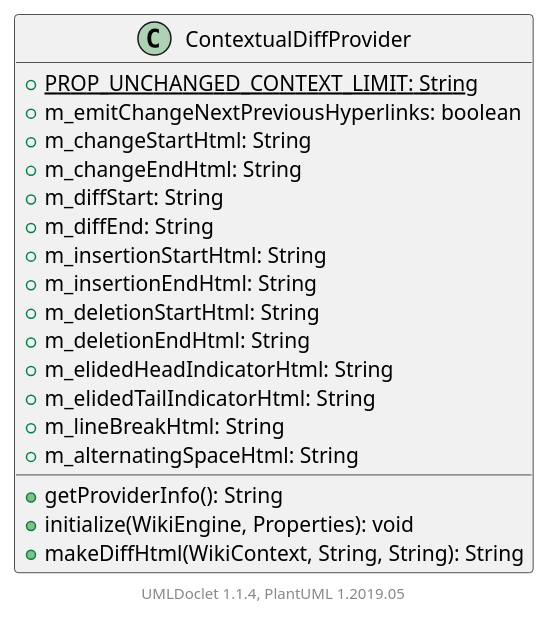
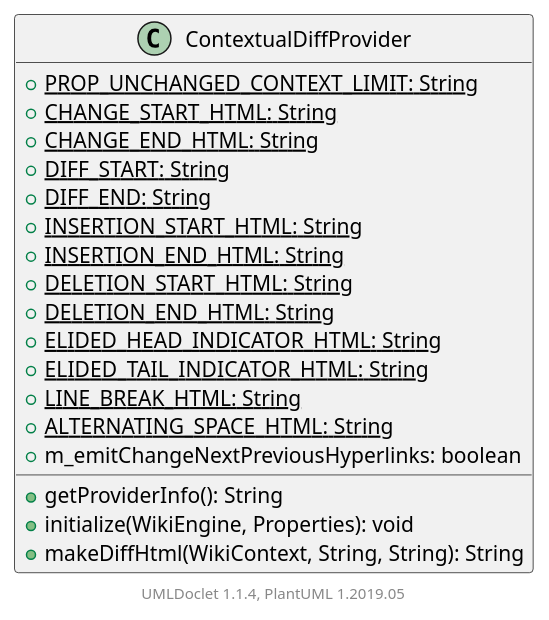
One commit to apache/jspwiki-site changed the diagram in apidocs/2.11.0.M7-SNAPSHOT/org/apache/wiki/diff/ContextualDiffProvider.puml. Above: the diagram before and after it, drawn with PlantUML. The commit also changed 1184 other files, not shown here.

```diff
--- a/apidocs/2.11.0.M7-SNAPSHOT/org/apache/wiki/diff/ContextualDiffProvider.puml
+++ b/apidocs/2.11.0.M7-SNAPSHOT/org/apache/wiki/diff/ContextualDiffProvider.puml
@@ -1,25 +1,25 @@
 @startuml
 
     class ContextualDiffProvider [[ContextualDiffProvider.html]] {
         {static} +PROP_UNCHANGED_CONTEXT_LIMIT: String
+        {static} +CHANGE_START_HTML: String
+        {static} +CHANGE_END_HTML: String
+        {static} +DIFF_START: String
+        {static} +DIFF_END: String
+        {static} +INSERTION_START_HTML: String
+        {static} +INSERTION_END_HTML: String
+        {static} +DELETION_START_HTML: String
+        {static} +DELETION_END_HTML: String
+        {static} +ELIDED_HEAD_INDICATOR_HTML: String
+        {static} +ELIDED_TAIL_INDICATOR_HTML: String
+        {static} +LINE_BREAK_HTML: String
+        {static} +ALTERNATING_SPACE_HTML: String
         +m_emitChangeNextPreviousHyperlinks: boolean
-        +m_changeStartHtml: String
-        +m_changeEndHtml: String
-        +m_diffStart: String
-        +m_diffEnd: String
-        +m_insertionStartHtml: String
-        +m_insertionEndHtml: String
-        +m_deletionStartHtml: String
-        +m_deletionEndHtml: String
-        +m_elidedHeadIndicatorHtml: String
-        +m_elidedTailIndicatorHtml: String
-        +m_lineBreakHtml: String
-        +m_alternatingSpaceHtml: String
         +getProviderInfo(): String
         +initialize(WikiEngine, Properties): void
         +makeDiffHtml(WikiContext, String, String): String
     }
 
 
     center footer UMLDoclet 1.1.4, PlantUML 1.2019.05
 @enduml
```
